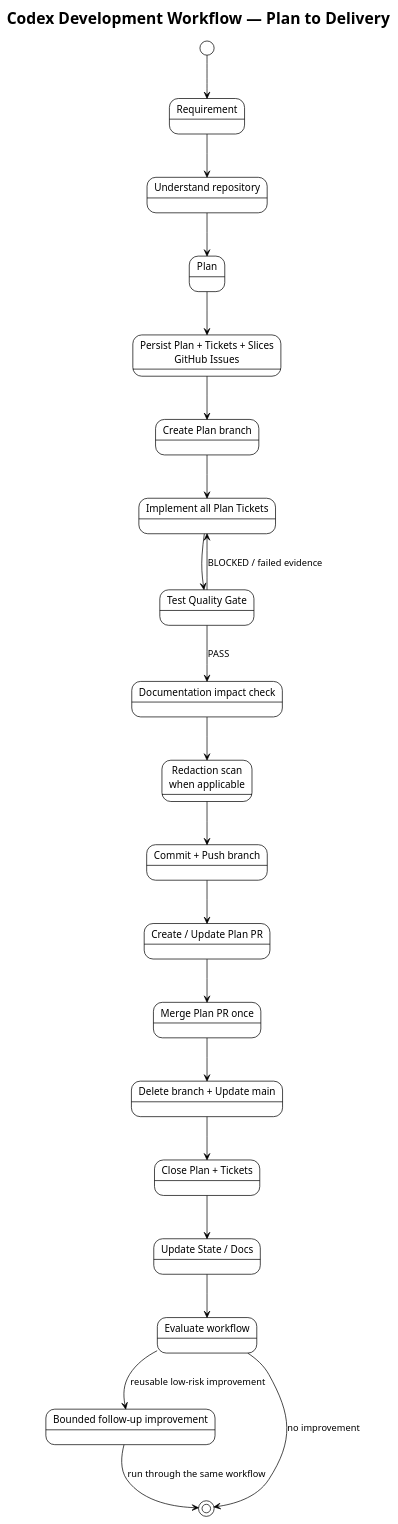
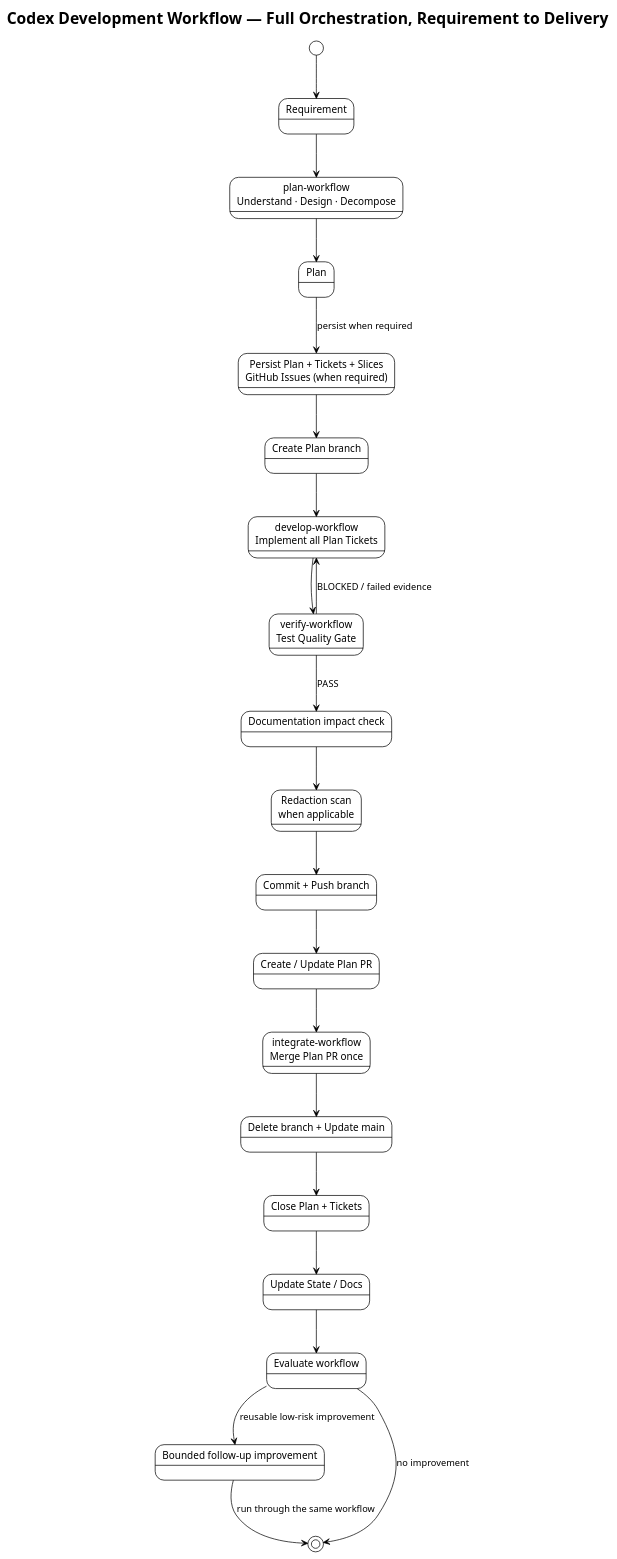
The diagram in docs/diagrams/architecture.puml (i-zrhe2016/codex-development-workflow), drawn with PlantUML before and after one commit. The commit also changed 53 other files, not shown here.

First line of the commit message:
refactor(workflow): decompose the lifecycle into five stage workflows (#167)

```diff
--- a/docs/diagrams/architecture.puml
+++ b/docs/diagrams/architecture.puml
@@ -1,47 +1,47 @@
 @startuml
 !theme plain
 top to bottom direction
 skinparam shadowing false
 skinparam defaultFontName Arial
 
-title Codex Development Workflow — Plan to Delivery
+title Codex Development Workflow — Full Orchestration, Requirement to Delivery
 
 state "Requirement" as Requirement
-state "Understand repository" as Understand
+state "plan-workflow\nUnderstand · Design · Decompose" as Understand
 state "Plan" as Plan
-state "Persist Plan + Tickets + Slices\nGitHub Issues" as Issues
+state "Persist Plan + Tickets + Slices\nGitHub Issues (when required)" as Issues
 state "Create Plan branch" as Branch
-state "Implement all Plan Tickets" as Implement
-state "Test Quality Gate" as Test
+state "develop-workflow\nImplement all Plan Tickets" as Implement
+state "verify-workflow\nTest Quality Gate" as Test
 state "Documentation impact check" as Docs
 state "Redaction scan\nwhen applicable" as Redact
 state "Commit + Push branch" as Publish
 state "Create / Update Plan PR" as PR
-state "Merge Plan PR once" as Merge
+state "integrate-workflow\nMerge Plan PR once" as Merge
 state "Delete branch + Update main" as Cleanup
 state "Close Plan + Tickets" as Close
 state "Update State / Docs" as State
 state "Evaluate workflow" as Evaluate
 state "Bounded follow-up improvement" as Improve
 
 [*] --> Requirement
 Requirement --> Understand
 Understand --> Plan
-Plan --> Issues
+Plan --> Issues : persist when required
 Issues --> Branch
 Branch --> Implement
 Implement --> Test
 Test --> Implement : BLOCKED / failed evidence
 Test --> Docs : PASS
 Docs --> Redact
 Redact --> Publish
 Publish --> PR
 PR --> Merge
 Merge --> Cleanup
 Cleanup --> Close
 Close --> State
 State --> Evaluate
 Evaluate --> Improve : reusable low-risk improvement
 Improve --> [*] : run through the same workflow
 Evaluate --> [*] : no improvement
 @enduml
```
